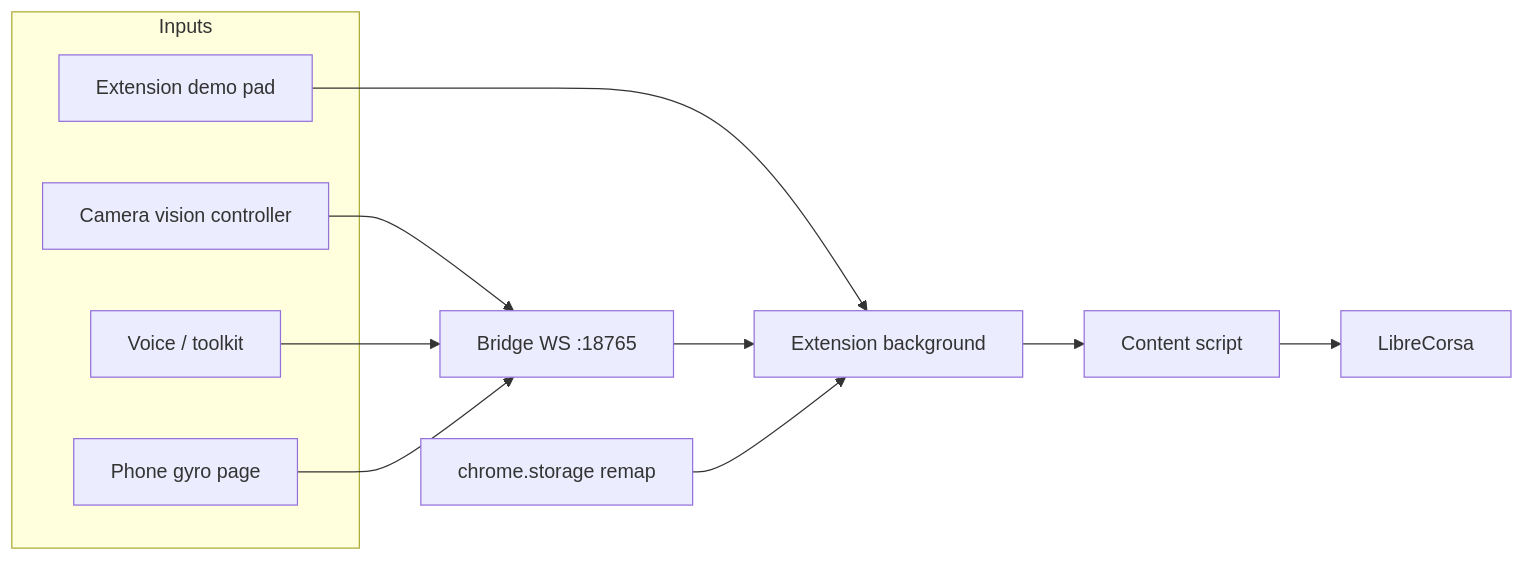
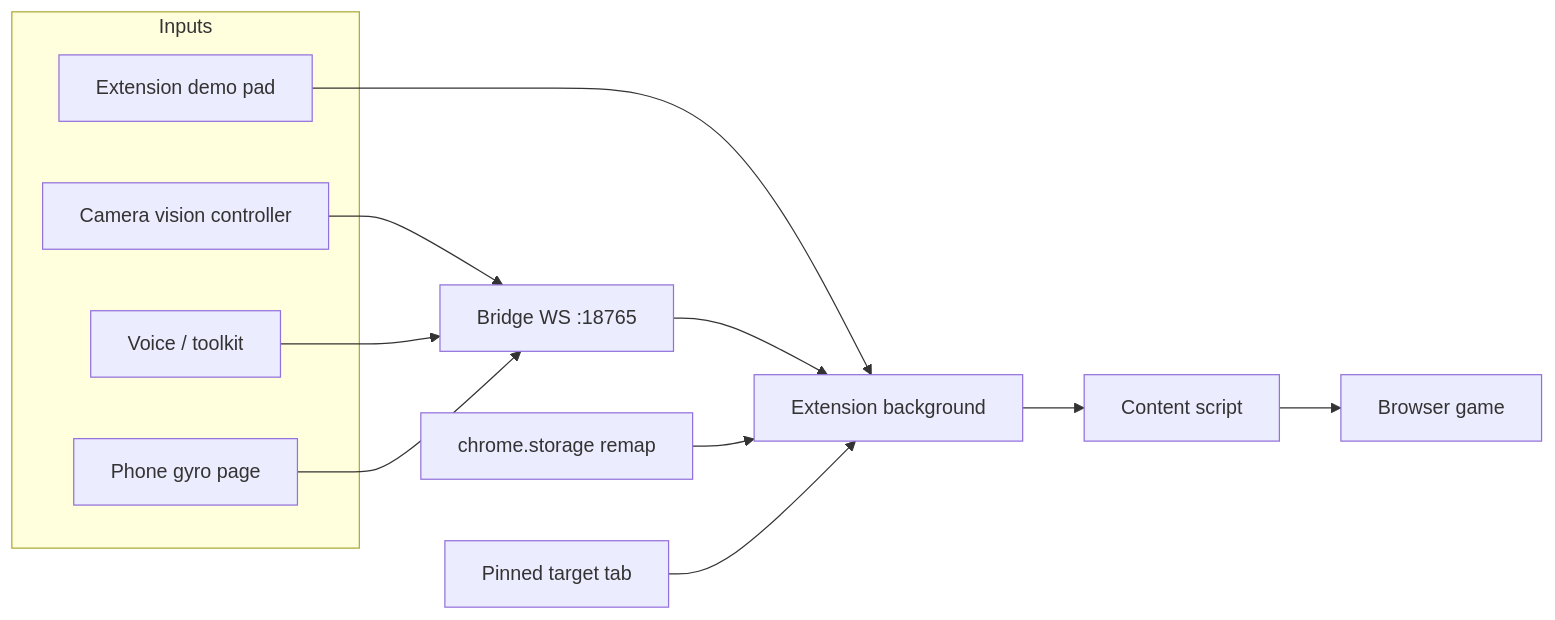
Before and after one commit to Isomkevin/game-night-access-adapter: the diagram in docs/architecture.md, drawn with Mermaid. The commit also changed other lines of this file and 15 other files, not shown here.

````diff
--- a/docs/architecture.md
+++ b/docs/architecture.md
@@ -35,22 +35,24 @@
 ```mermaid
 flowchart LR
   subgraph sources [Inputs]
     Demo[Extension demo pad]
     Cam[Camera vision controller]
     Voice[Voice / toolkit]
     Phone[Phone gyro page]
   end
   Bridge[Bridge WS :18765]
   Ext[Extension background]
   Remap[chrome.storage remap]
+  Pin[Pinned target tab]
   CS[Content script]
-  Game[LibreCorsa]
+  Game[Browser game]
   Demo --> Ext
   Cam --> Bridge
   Voice --> Bridge
   Phone --> Bridge
   Bridge --> Ext
   Remap --> Ext
+  Pin --> Ext
   Ext --> CS
   CS --> Game
 ```
````
